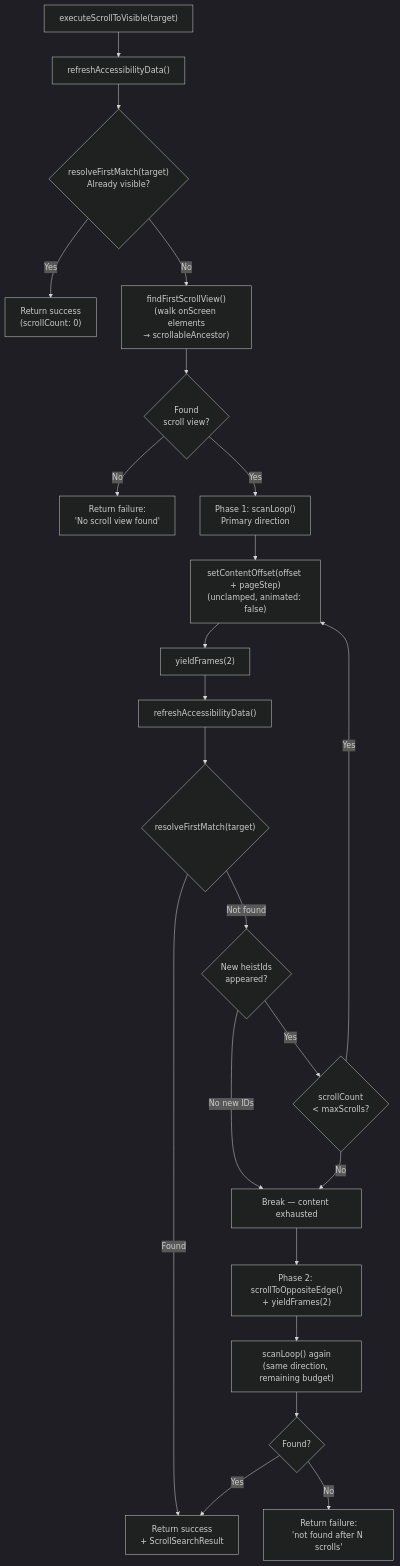
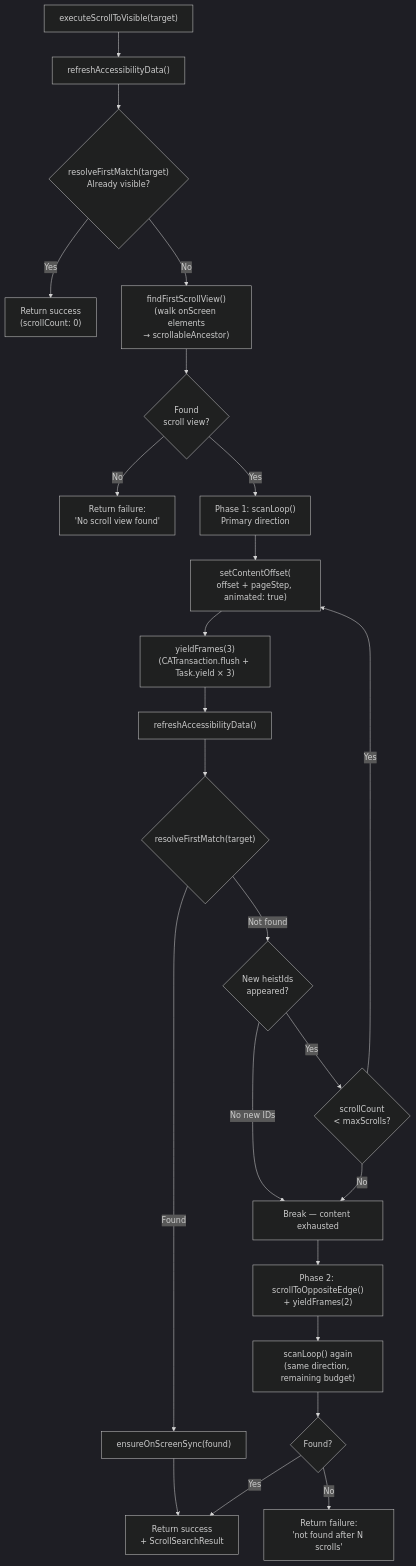
The second of 2 diagrams in docs/dossiers/04a-SCROLLING.md (RoyalPineapple/TheButtonHeist), drawn with Mermaid (dark theme) before and after one commit. The commit also changed other lines of this file and 1 other file, not shown here.

````diff
--- a/docs/dossiers/04a-SCROLLING.md
+++ b/docs/dossiers/04a-SCROLLING.md
@@ -134,27 +136,28 @@
 ```mermaid
 flowchart TD
     S["executeScrollToVisible(target)"] --> REF["refreshAccessibilityData()"]
     REF --> CHK{"resolveFirstMatch(target)<br/>Already visible?"}
     CHK -->|Yes| DONE["Return success<br/>(scrollCount: 0)"]
     CHK -->|No| FSV["findFirstScrollView()<br/>(walk onScreen elements<br/>→ scrollableAncestor)"]
     FSV --> SVOK{Found<br/>scroll view?}
     SVOK -->|No| FAIL0["Return failure:<br/>'No scroll view found'"]
     SVOK -->|Yes| PH1["Phase 1: scanLoop()<br/>Primary direction"]
 
-    PH1 --> SLOOP["setContentOffset(offset + pageStep)<br/>(unclamped, animated: false)"]
-    SLOOP --> SETTLE["yieldFrames(2)"]
+    PH1 --> SLOOP["setContentOffset(<br/>offset + pageStep, animated: true)"]
+    SLOOP --> SETTLE["yieldFrames(3)<br/>(CATransaction.flush + Task.yield × 3)"]
     SETTLE --> REFR["refreshAccessibilityData()"]
     REFR --> FM{"resolveFirstMatch(target)"}
-    FM -->|Found| END["Return success<br/>+ ScrollSearchResult"]
+    FM -->|Found| ENS["ensureOnScreenSync(found)"]
+    ENS --> END["Return success<br/>+ ScrollSearchResult"]
     FM -->|Not found| NEW{New heistIds<br/>appeared?}
     NEW -->|No new IDs| STALL["Break — content exhausted"]
     NEW -->|Yes| BUDGET{scrollCount<br/>< maxScrolls?}
     BUDGET -->|Yes| SLOOP
     BUDGET -->|No| STALL
 
     STALL --> PH2["Phase 2: scrollToOppositeEdge()<br/>+ yieldFrames(2)"]
     PH2 --> SCAN2["scanLoop() again<br/>(same direction, remaining budget)"]
     SCAN2 --> RESULT{Found?}
     RESULT -->|Yes| END
     RESULT -->|No| FAILN["Return failure:<br/>'not found after N scrolls'"]
 ```
````
